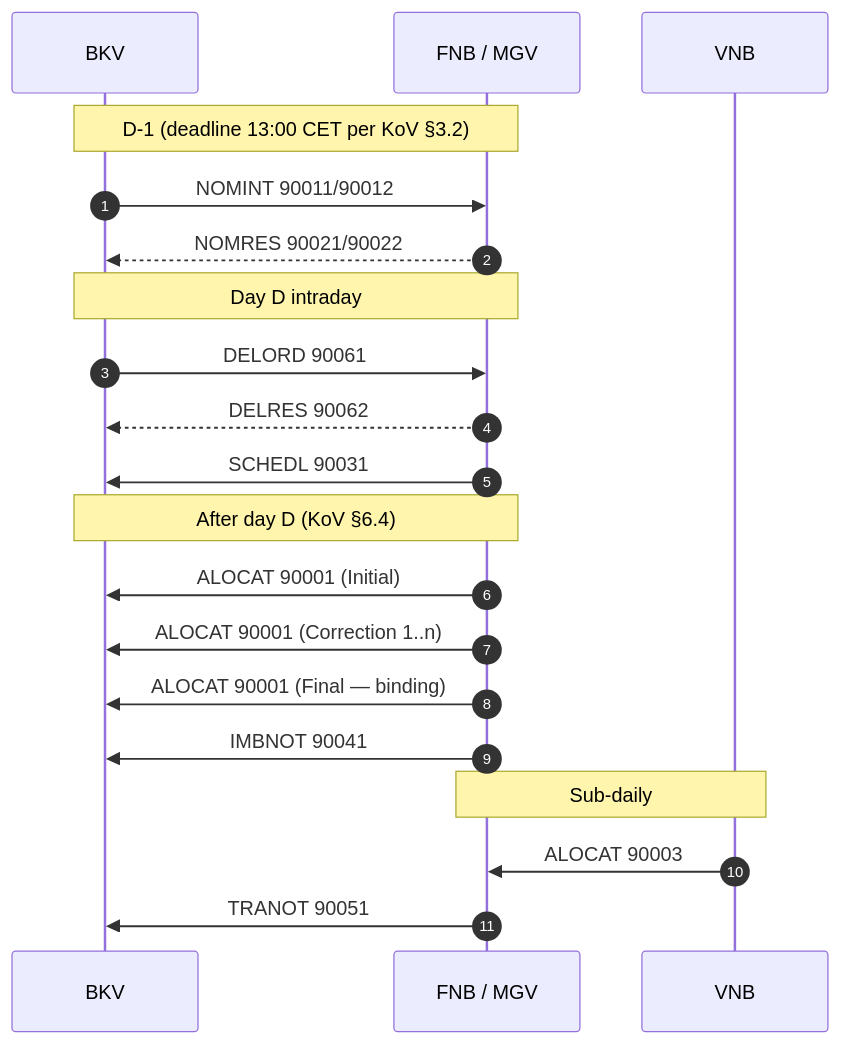
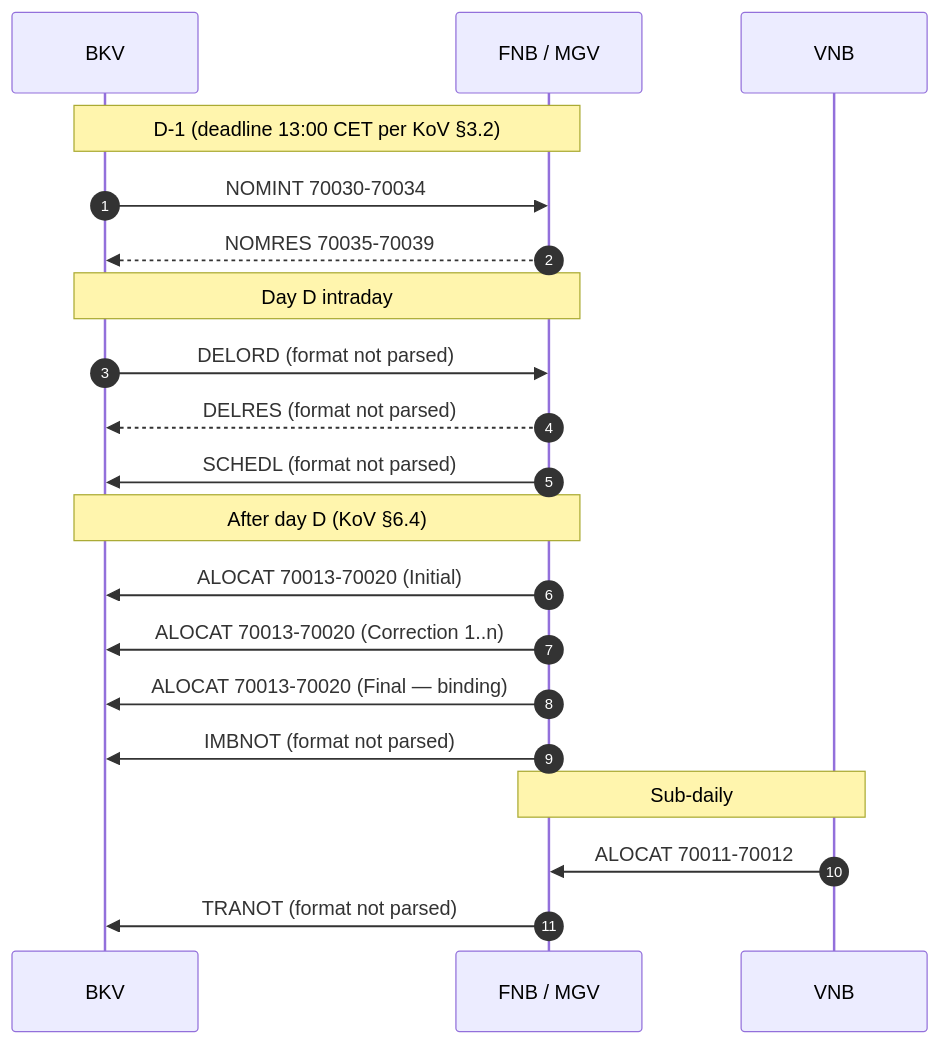
One commit to hupe1980/mako changed the eighth of 9 diagrams in site/content/docs/reference/processes.md. Above: the diagram before and after it, drawn with Mermaid. The commit also changed other lines of this file and 306 other files, not shown here.

````diff
--- a/site/content/docs/reference/processes.md
+++ b/site/content/docs/reference/processes.md
@@ -1323,26 +1324,26 @@
 ```mermaid
 sequenceDiagram
     autonumber
     participant BKV as BKV
     participant FNB as FNB / MGV
     participant VNB as VNB
 
     Note over BKV,FNB: D-1 (deadline 13:00 CET per KoV §3.2)
-    BKV->>FNB: NOMINT 90011/90012
-    FNB-->>BKV: NOMRES 90021/90022
+    BKV->>FNB: NOMINT 70030-70034
+    FNB-->>BKV: NOMRES 70035-70039
 
     Note over BKV,FNB: Day D intraday
-    BKV->>FNB: DELORD 90061
-    FNB-->>BKV: DELRES 90062
-    FNB->>BKV: SCHEDL 90031
+    BKV->>FNB: DELORD (format not parsed)
+    FNB-->>BKV: DELRES (format not parsed)
+    FNB->>BKV: SCHEDL (format not parsed)
 
     Note over FNB,BKV: After day D (KoV §6.4)
-    FNB->>BKV: ALOCAT 90001 (Initial)
-    FNB->>BKV: ALOCAT 90001 (Correction 1..n)
-    FNB->>BKV: ALOCAT 90001 (Final — binding)
-    FNB->>BKV: IMBNOT 90041
+    FNB->>BKV: ALOCAT 70013-70020 (Initial)
+    FNB->>BKV: ALOCAT 70013-70020 (Correction 1..n)
+    FNB->>BKV: ALOCAT 70013-70020 (Final — binding)
+    FNB->>BKV: IMBNOT (format not parsed)
 
     Note over VNB,FNB: Sub-daily
-    VNB->>FNB: ALOCAT 90003
-    FNB->>BKV: TRANOT 90051
+    VNB->>FNB: ALOCAT 70011-70012
+    FNB->>BKV: TRANOT (format not parsed)
 ```
````
